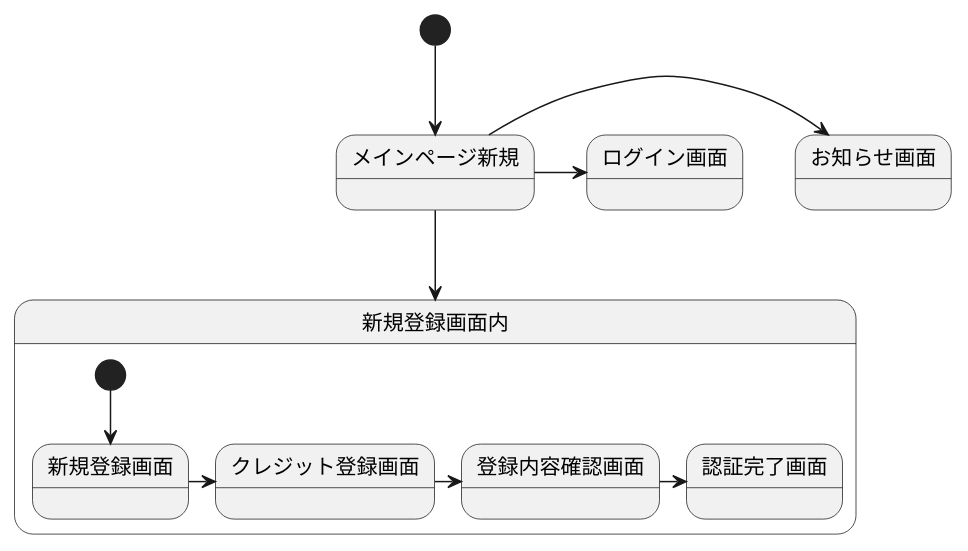
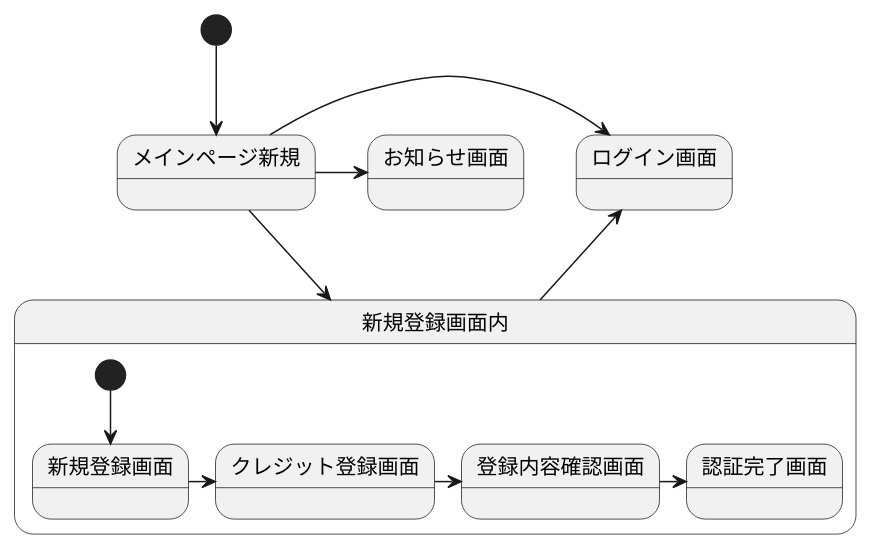
Before and after one commit to Aso2001147/2021SystemDesign: the diagram in 画面遷移図.md, drawn with PlantUML.

````diff
--- a/画面遷移図.md
+++ b/画面遷移図.md
@@ -1,19 +1,18 @@
 ```uml
 @startuml
 [*] --> メインページ新規
 メインページ新規 -> お知らせ画面
 メインページ新規 -> ログイン画面
 メインページ新規 --> 新規登録画面内
 
 state 新規登録画面内{
 [*] --> 新規登録画面
 新規登録画面 -> クレジット登録画面
 クレジット登録画面 -> 登録内容確認画面
 登録内容確認画面 -> 認証完了画面
-
 }
-
+新規登録画面内 -up-> ログイン画面 
 
 
 @enduml
 ```
````
